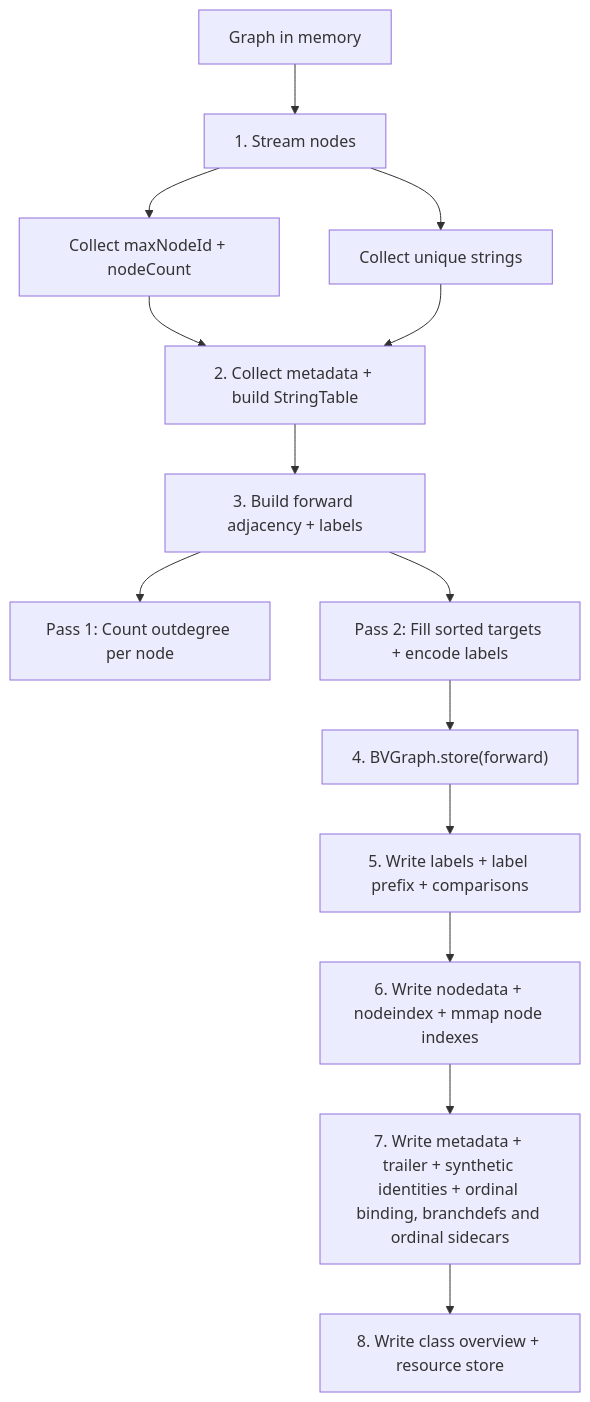
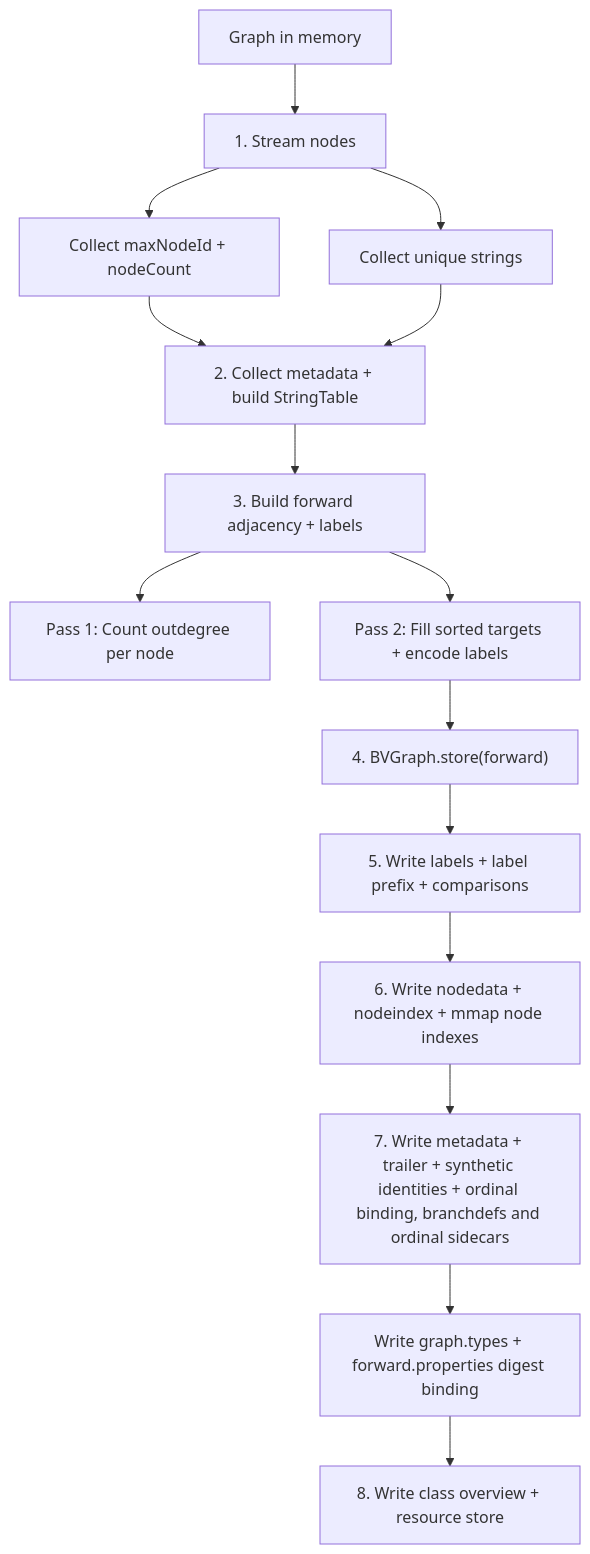
Before and after one commit to johnsonlee/graphite: the third of 4 diagrams in docs/webgraph-storage.md, drawn with Mermaid. The commit also changed other lines of this file, not shown here.

Commit message:
docs: diagram storage file relationships

````diff
--- a/docs/webgraph-storage.md
+++ b/docs/webgraph-storage.md
@@ -197,15 +316,16 @@
 ```mermaid
 graph TD
     A[Graph in memory] --> B[1. Stream nodes]
     B --> B1[Collect maxNodeId + nodeCount]
     B --> B2[Collect unique strings]
     B1 & B2 --> C[2. Collect metadata + build StringTable]
     C --> D["3. Build forward adjacency + labels"]
     D --> D1["Pass 1: Count outdegree per node"]
     D --> D2["Pass 2: Fill sorted targets + encode labels"]
     D2 --> E["4. BVGraph.store(forward)"]
     E --> F[5. Write labels + label prefix + comparisons]
     F --> G["6. Write nodedata + nodeindex + mmap node indexes"]
     G --> H[7. Write metadata + trailer + synthetic identities + ordinal binding, branchdefs and ordinal sidecars]
-    H --> I[8. Write class overview + resource store]
+    H --> T[Write graph.types + forward.properties digest binding]
+    T --> I[8. Write class overview + resource store]
 ```
````
